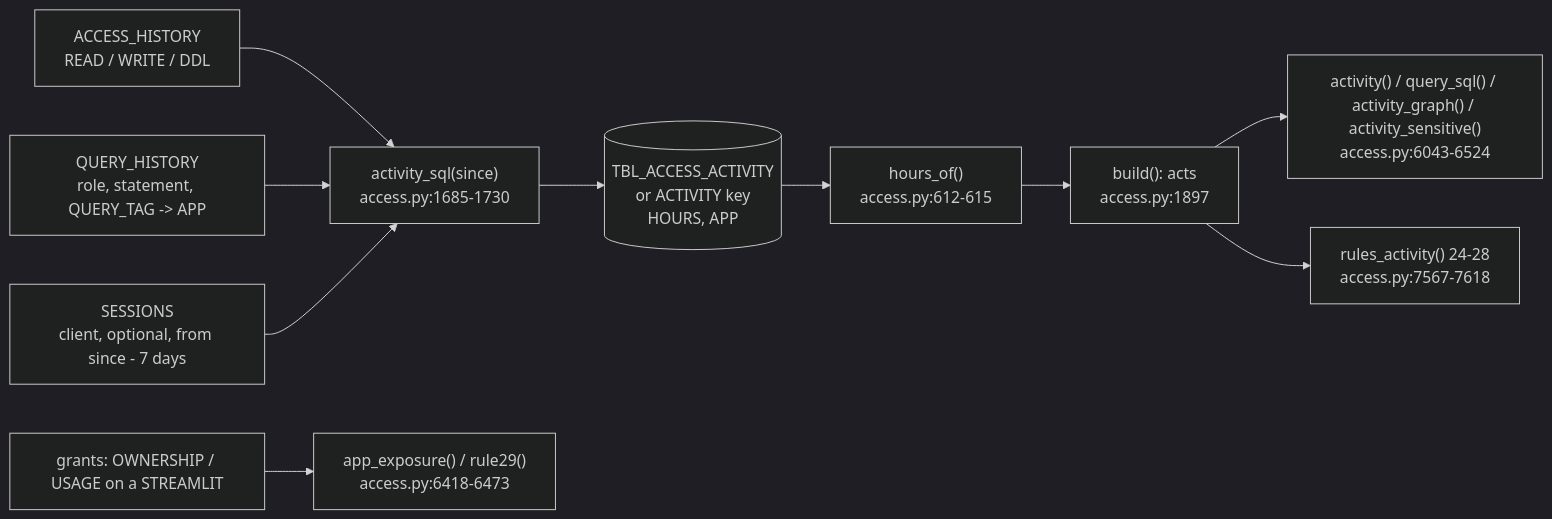
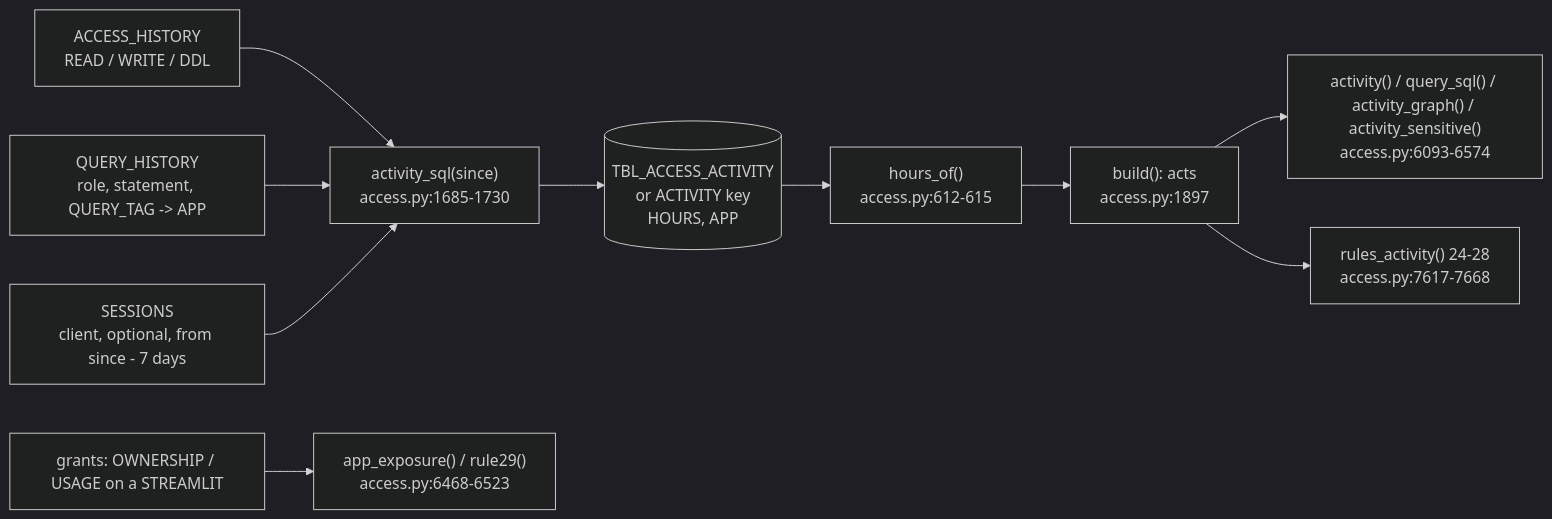
Before and after one commit to darshanmeel/snowflake-access-explorer: the diagram in snowflake-access-explorer-knowledge-graph/logic/activity.md, drawn with Mermaid (dark theme). The commit also changed other lines of this file and 90 other files, not shown here.

Commit message:
Knowledge graph: up to date with the left-nav sections, Can they?, Compare, What if and risk tables

````diff
--- a/snowflake-access-explorer-knowledge-graph/logic/activity.md
+++ b/snowflake-access-explorer-knowledge-graph/logic/activity.md
@@ -6,12 +6,12 @@
 ```mermaid
 flowchart LR
   AH[ACCESS_HISTORY<br/>READ / WRITE / DDL] --> SQLA["activity_sql(since)<br/>access.py:1685-1730"]
   QH[QUERY_HISTORY<br/>role, statement, QUERY_TAG -> APP] --> SQLA
   SE[SESSIONS<br/>client, optional, from since - 7 days] --> SQLA
   SQLA --> T[(TBL_ACCESS_ACTIVITY<br/>or ACTIVITY key<br/>HOURS, APP)]
   T --> HO["hours_of()<br/>access.py:612-615"]
   HO --> ACTS["build(): acts<br/>access.py:1897"]
-  ACTS --> TAB["activity() / query_sql() / activity_graph() / activity_sensitive()<br/>access.py:6043-6524"]
-  ACTS --> R["rules_activity() 24-28<br/>access.py:7567-7618"]
-  G[grants: OWNERSHIP / USAGE on a STREAMLIT] --> AX["app_exposure() / rule29()<br/>access.py:6418-6473"]
+  ACTS --> TAB["activity() / query_sql() / activity_graph() / activity_sensitive()<br/>access.py:6093-6574"]
+  ACTS --> R["rules_activity() 24-28<br/>access.py:7617-7668"]
+  G[grants: OWNERSHIP / USAGE on a STREAMLIT] --> AX["app_exposure() / rule29()<br/>access.py:6468-6523"]
 ```
````
